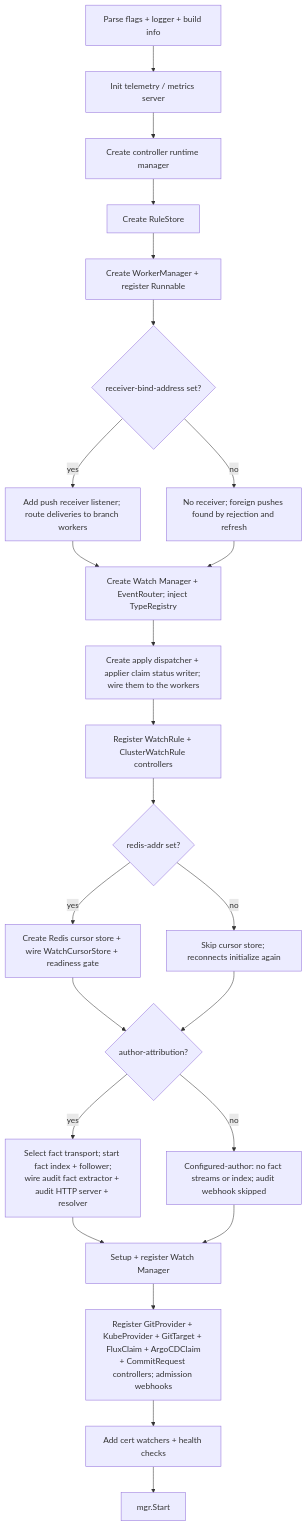
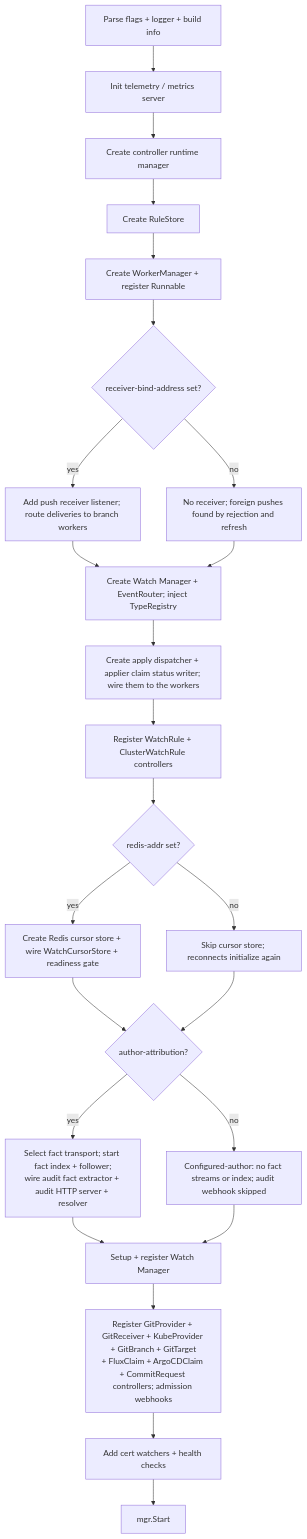
One commit to ConfigButler/gitops-reverser changed the sixth of 6 diagrams in docs/architecture.md. Above: the diagram before and after it, drawn with Mermaid. The commit also changed other lines of this file and 124 other files, not shown here.

First line of the commit message:
feat(metrics)!: label branch-worker metrics by GitBranch, act on the metrics review, and reconcile the docs (#450)

````diff
--- a/docs/architecture.md
+++ b/docs/architecture.md
@@ -1791,26 +1842,26 @@
 ```mermaid
 flowchart TD
     A[Parse flags + logger + build info] --> B[Init telemetry / metrics server]
     B --> C[Create controller runtime manager]
     C --> D[Create RuleStore]
     D --> E[Create WorkerManager + register Runnable]
     E --> R{receiver-bind-address set?}
     R -->|yes| Ri[Add push receiver listener; route deliveries to branch workers]
     R -->|no| Rj[No receiver; foreign pushes found by rejection and refresh]
     Ri --> F
     Rj --> F
     F[Create Watch Manager + EventRouter; inject TypeRegistry] --> P[Create apply dispatcher + applier claim status writer; wire them to the workers]
     P --> G[Register WatchRule + ClusterWatchRule controllers]
     G --> H{redis-addr set?}
     H -->|yes| Hi[Create Redis cursor store + wire WatchCursorStore + readiness gate]
     H -->|no| Hj[Skip cursor store; reconnects initialize again]
     Hi --> Hq{author-attribution?}
     Hj --> Hq
     Hq -->|yes| I[Select fact transport; start fact index + follower;<br/>wire audit fact extractor + audit HTTP server + resolver]
     Hq -->|no| J[Configured-author: no fact streams or index; audit webhook skipped]
     I --> K[Setup + register Watch Manager]
     J --> K
-    K --> L[Register GitProvider + KubeProvider + GitTarget + FluxClaim + ArgoCDClaim<br/>+ CommitRequest controllers; admission webhooks]
+    K --> L[Register GitProvider + GitReceiver + KubeProvider + GitBranch + GitTarget<br/>+ FluxClaim + ArgoCDClaim + CommitRequest controllers; admission webhooks]
     L --> M[Add cert watchers + health checks]
     M --> N[mgr.Start]
 ```
````
